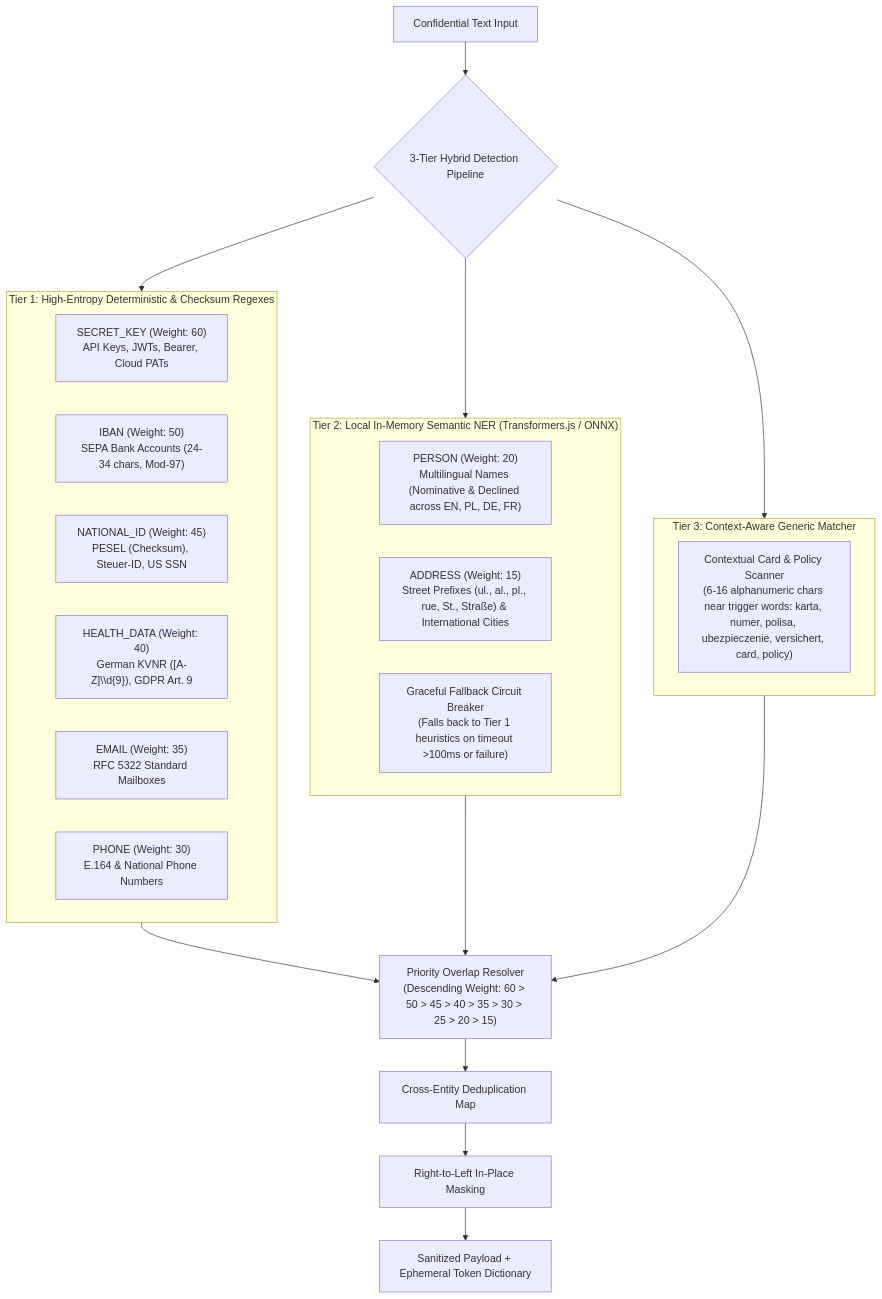
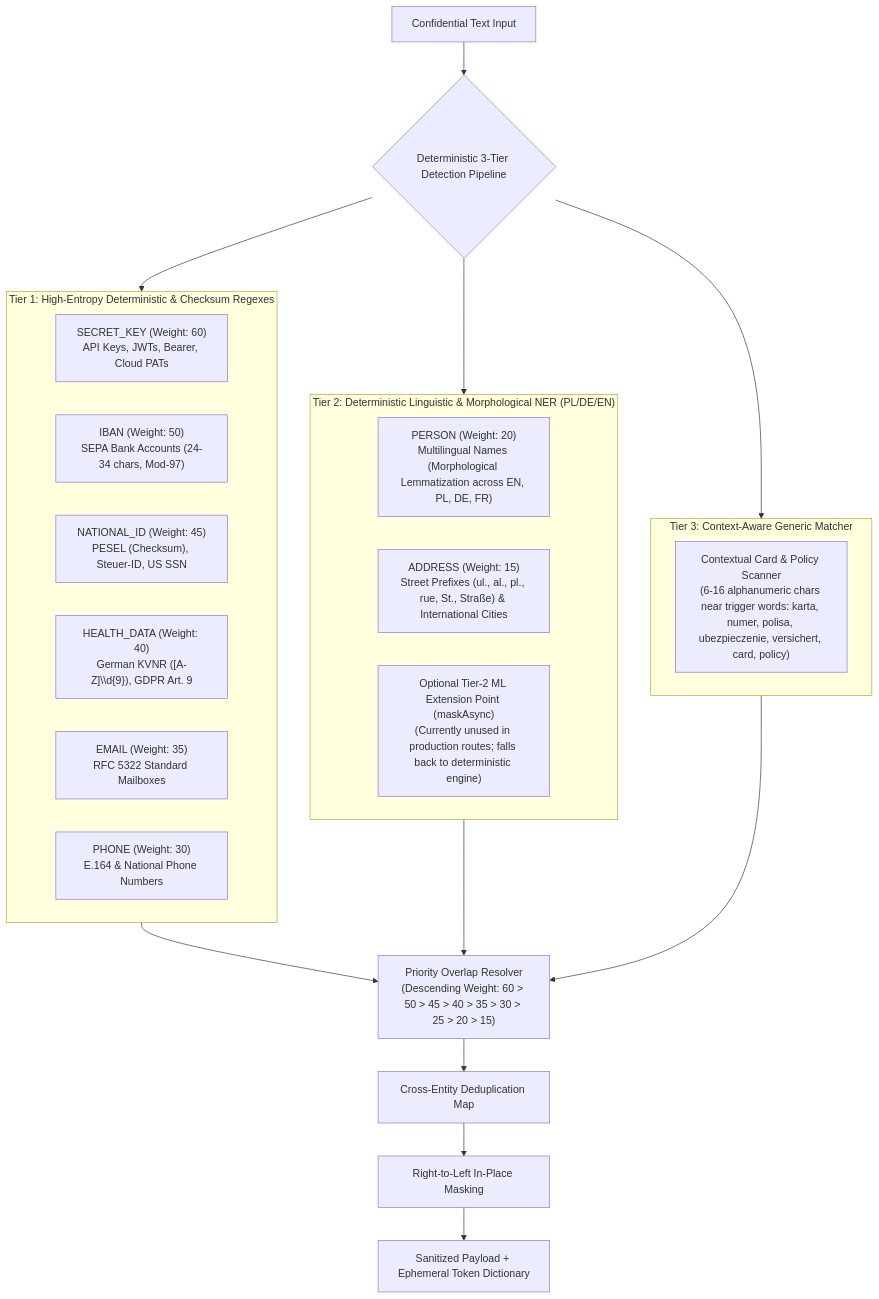
One commit to lukasmatusiewicz/OSCAR changed the first of 2 diagrams in docs/spec/privacy-guard-spec.md. Above: the diagram before and after it, drawn with Mermaid. The commit also changed other lines of this file and 3 other files, not shown here.

````diff
--- a/docs/spec/privacy-guard-spec.md
+++ b/docs/spec/privacy-guard-spec.md
@@ -14,34 +14,34 @@
 ```mermaid
 flowchart TD
-    Input["Confidential Text Input"] --> Split{"3-Tier Hybrid Detection Pipeline"}
+    Input["Confidential Text Input"] --> Split{"Deterministic 3-Tier Detection Pipeline"}
     
     subgraph Tier1["Tier 1: High-Entropy Deterministic & Checksum Regexes"]
         TK["SECRET_KEY (Weight: 60)<br/>API Keys, JWTs, Bearer, Cloud PATs"]
         TI["IBAN (Weight: 50)<br/>SEPA Bank Accounts (24-34 chars, Mod-97)"]
         TN["NATIONAL_ID (Weight: 45)<br/>PESEL (Checksum), Steuer-ID, US SSN"]
         TH["HEALTH_DATA (Weight: 40)<br/>German KVNR ([A-Z]\\d{9}), GDPR Art. 9"]
         TE["EMAIL (Weight: 35)<br/>RFC 5322 Standard Mailboxes"]
         TP["PHONE (Weight: 30)<br/>E.164 & National Phone Numbers"]
     end
 
-    subgraph Tier2["Tier 2: Local In-Memory Semantic NER (Transformers.js / ONNX)"]
-        TR["PERSON (Weight: 20)<br/>Multilingual Names (Nominative & Declined across EN, PL, DE, FR)"]
+    subgraph Tier2["Tier 2: Deterministic Linguistic & Morphological NER (PL/DE/EN)"]
+        TR["PERSON (Weight: 20)<br/>Multilingual Names (Morphological Lemmatization across EN, PL, DE, FR)"]
         TA["ADDRESS (Weight: 15)<br/>Street Prefixes (ul., al., pl., rue, St., Straße) & International Cities"]
-        Fallback["Graceful Fallback Circuit Breaker<br/>(Falls back to Tier 1 heuristics on timeout >100ms or failure)"]
+        Ext["Optional Tier-2 ML Extension Point (maskAsync)<br/>(Currently unused in production routes; falls back to deterministic engine)"]
     end
 
     subgraph Tier3["Tier 3: Context-Aware Generic Matcher"]
         TC["Contextual Card & Policy Scanner<br/>(6-16 alphanumeric chars near trigger words: karta, numer, polisa, ubezpieczenie, versichert, card, policy)"]
     end
 
     Split --> Tier1
     Split --> Tier2
     Split --> Tier3
     
     Tier1 --> Overlap["Priority Overlap Resolver<br/>(Descending Weight: 60 > 50 > 45 > 40 > 35 > 30 > 25 > 20 > 15)"]
     Tier2 --> Overlap
     Tier3 --> Overlap
     Overlap --> Dedupe["Cross-Entity Deduplication Map"]
     Dedupe --> RTL["Right-to-Left In-Place Masking"]
     RTL --> Output["Sanitized Payload + Ephemeral Token Dictionary"]
 ```
````
